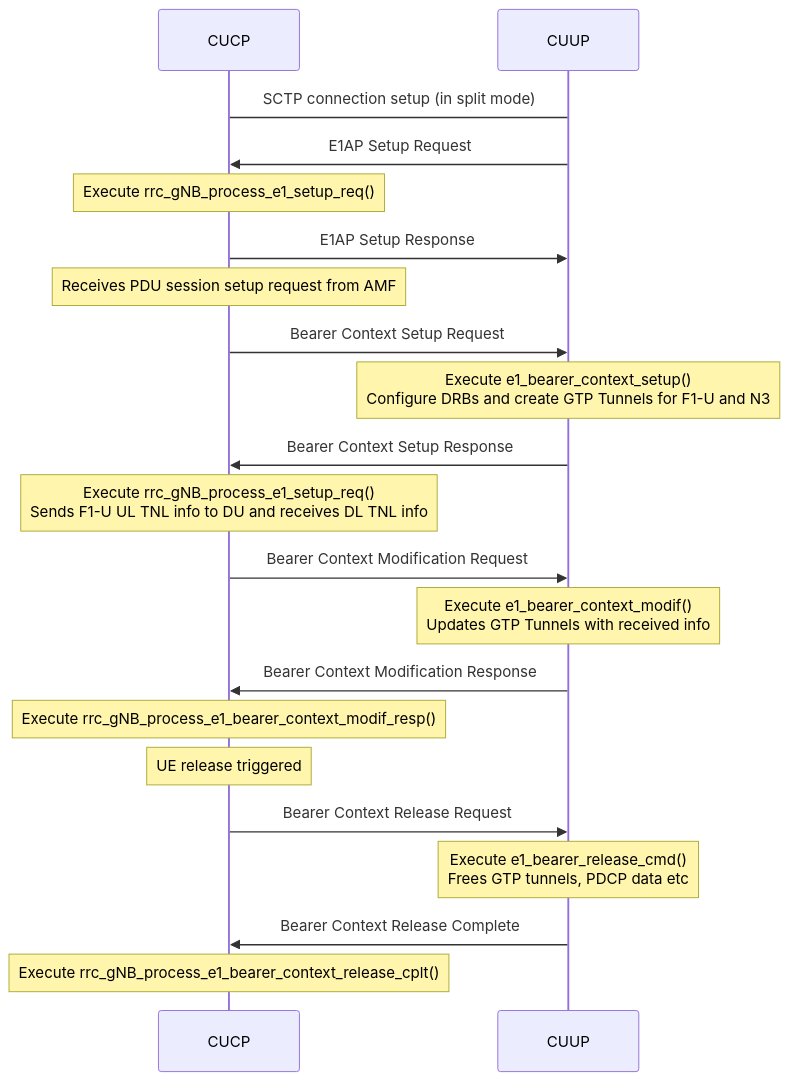
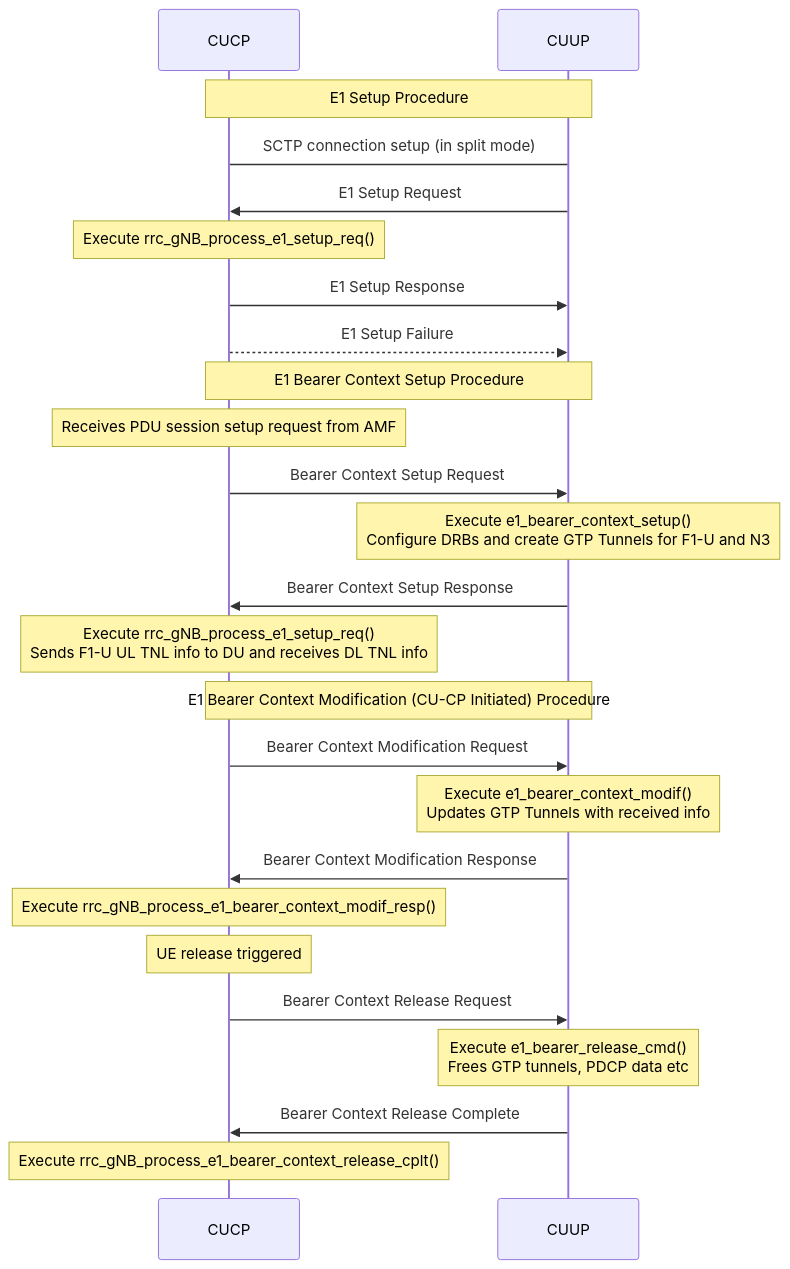
The diagram in doc/E1-design.md (OPENAIRINTERFACE/openairinterface5g), drawn with Mermaid before and after one commit. The commit also changed 4 other files, not shown here.

First line of the commit message:
Implementation E1 Setup Failure (8.2.3.3 of 3GPP TS 38.463)

````diff
--- a/doc/E1-design.md
+++ b/doc/E1-design.md
@@ -16,26 +16,31 @@
 ```mermaid
 sequenceDiagram
   participant c as CUCP
   participant u as CUUP
+
+  Note over c,u: E1 Setup Procedure
   u->c: SCTP connection setup (in split mode)
-  u->>c: E1AP Setup Request
+  u->>c: E1 Setup Request
   Note over c: Execute rrc_gNB_process_e1_setup_req()
-  c->>u: E1AP Setup Response
+  c->>u: E1 Setup Response
+  c-->>u: E1 Setup Failure
 
+  Note over c,u: E1 Bearer Context Setup Procedure
   Note over c: Receives PDU session setup request from AMF
   c->>u: Bearer Context Setup Request
   Note over u: Execute e1_bearer_context_setup()<br/>Configure DRBs and create GTP Tunnels for F1-U and N3
   u->>c: Bearer Context Setup Response
   Note over c: Execute rrc_gNB_process_e1_setup_req()<br/>Sends F1-U UL TNL info to DU and receives DL TNL info
 
+  Note over c,u: E1 Bearer Context Modification (CU-CP Initiated) Procedure
   c->>u: Bearer Context Modification Request
   Note over u: Execute e1_bearer_context_modif()<br/>Updates GTP Tunnels with received info
   u->>c: Bearer Context Modification Response
   Note over c: Execute rrc_gNB_process_e1_bearer_context_modif_resp()
 
   Note over c: UE release triggered
   c->>u: Bearer Context Release Request
   Note over u: Execute e1_bearer_release_cmd()<br/>Frees GTP tunnels, PDCP data etc
   u->>c: Bearer Context Release Complete
   Note over c: Execute rrc_gNB_process_e1_bearer_context_release_cplt()
 ```
````
